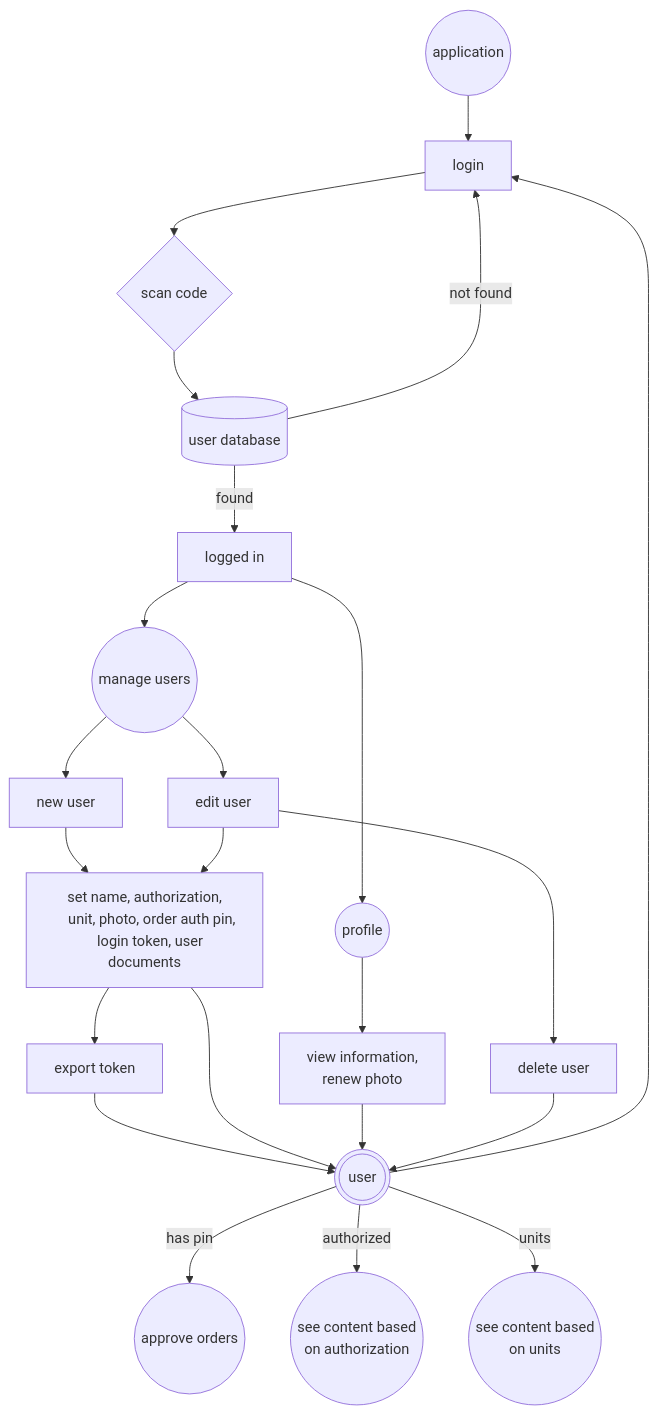
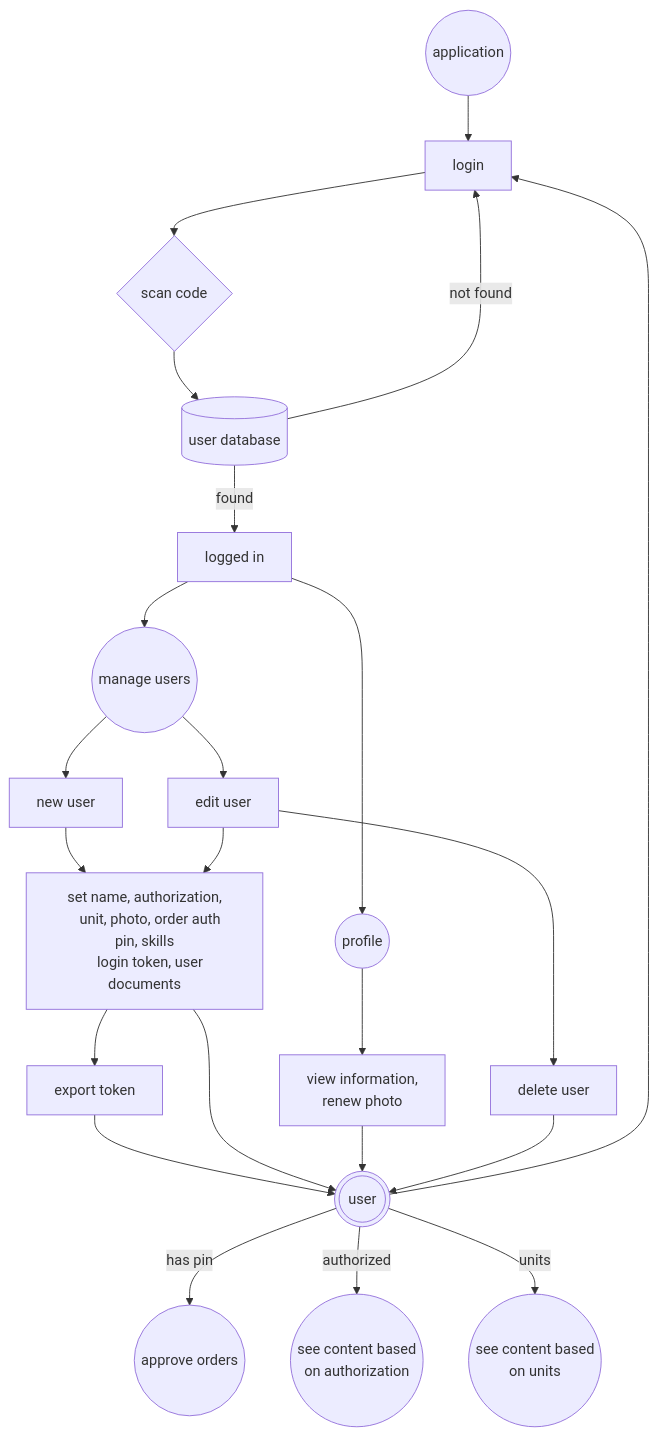
The first of 7 diagrams in readme.md (erroronline1/caro), drawn with Mermaid before and after one commit. The commit also changed other lines of this file and 3 other files, not shown here.

````diff
--- a/readme.md
+++ b/readme.md
@@ -288,33 +289,33 @@
 ```mermaid
 graph TD;
     application((application))-->login[login];
     login-->scan_code;
     scan_code{scan code}-->user_db[(user database)];
     user_db-->|found|logged_in[logged in];
     user_db-->|not found|login;
     logged_in-->manage_users((manage users));
     manage_users-->new_user[new user];
     manage_users-->edit_user[edit user];
     new_user-->user_settings["set name, authorization,
-    unit, photo, order auth pin,
+    unit, photo, order auth pin, skills
     login token, user documents"];
     edit_user-->user_settings;
     user_settings-->export_token[export token];
     export_token-->user(((user)));
     user-->login;
     user_settings-->user;
 
     logged_in-->own_profile((profile));
     own_profile-->profile["view information,
     renew photo"];
     profile-->user;
 
     edit_user-->delete_user[delete user];
     delete_user-->user;
 
     user-->|has pin|orders((approve orders))
     user-->|authorized|authorized(("see content based
     on authorization"))
     user-->|units|units(("see content based
     on units"))
 ```
````
